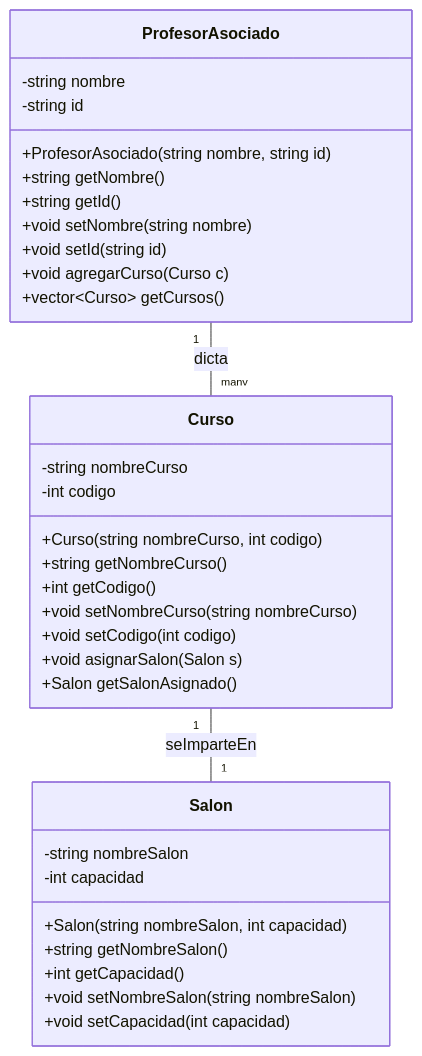
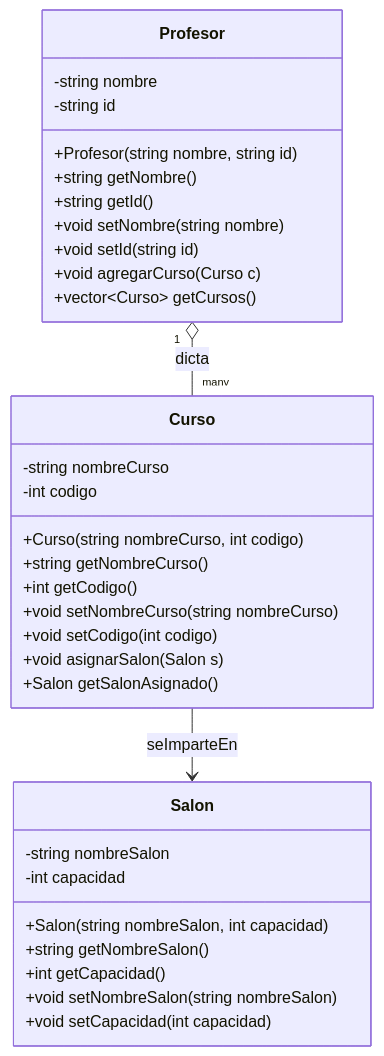
One commit to lufe089/POO changed the diagram in 4. PrimeraCod.md. Above: the diagram before and after it, drawn with Mermaid. The commit also changed other lines of this file, not shown here.

````diff
--- a/4. PrimeraCod.md
+++ b/4. PrimeraCod.md
@@ -198,39 +236,39 @@
 ```mermaid
 classDiagram
-    class ProfesorAsociado {
+    class Profesor {
         -string nombre
         -string id
-        +ProfesorAsociado(string nombre, string id)
+        +Profesor(string nombre, string id)
         +string getNombre()
         +string getId()
         +void setNombre(string nombre)
         +void setId(string id)
         +void agregarCurso(Curso c)
         +vector~Curso~ getCursos()
     }
 
     class Curso {
         -string nombreCurso
         -int codigo
         +Curso(string nombreCurso, int codigo)
         +string getNombreCurso()
         +int getCodigo()
         +void setNombreCurso(string nombreCurso)
         +void setCodigo(int codigo)
         +void asignarSalon(Salon s)
         +Salon getSalonAsignado()
     }
 
     class Salon {
         -string nombreSalon
         -int capacidad
         +Salon(string nombreSalon, int capacidad)
         +string getNombreSalon()
         +int getCapacidad()
         +void setNombreSalon(string nombreSalon)
         +void setCapacidad(int capacidad)
     }
 
-    ProfesorAsociado "1" -- "many" Curso : dicta
-    Curso "1" -- "1" Salon : seImparteEn
+    Profesor "1" o-- "many" Curso : dicta
+    Curso --> Salon : seImparteEn
 ```
````
